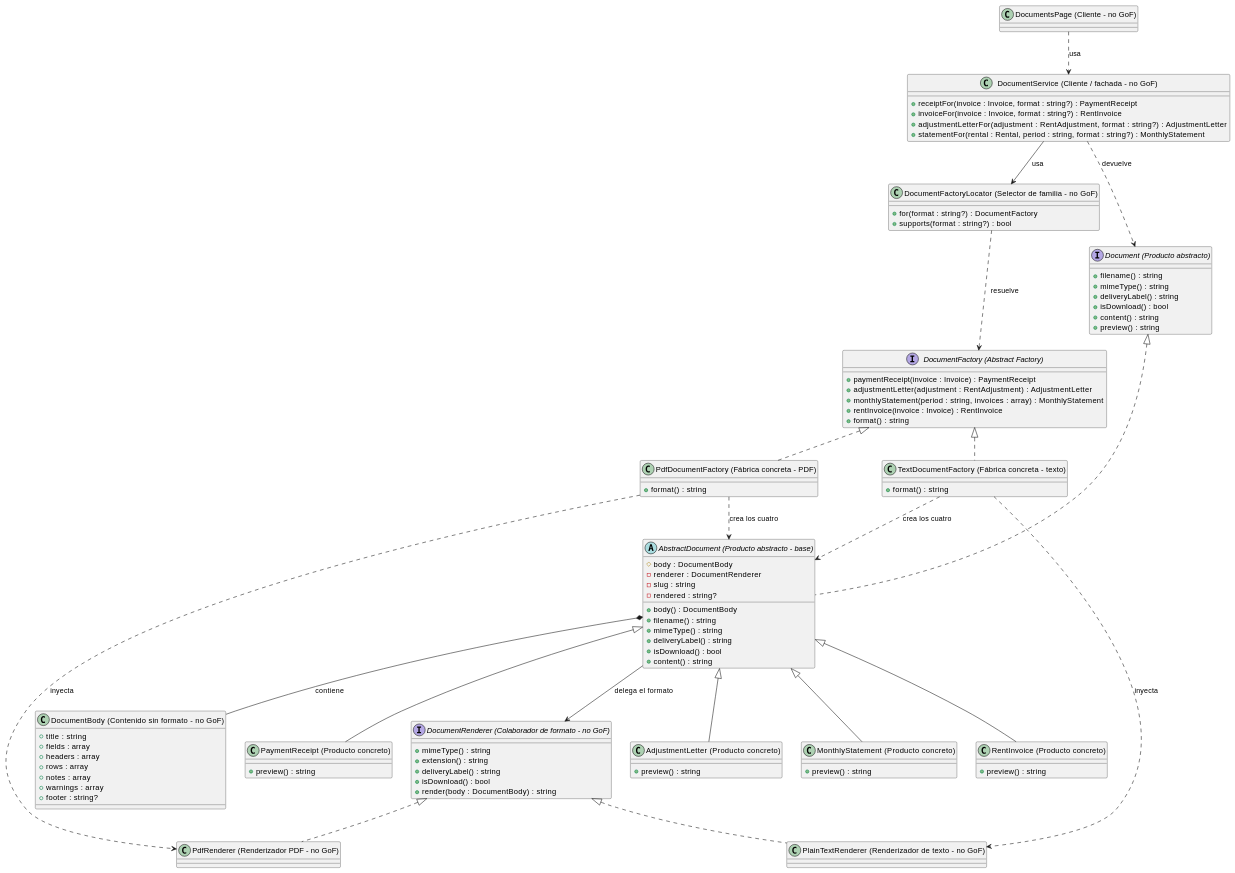
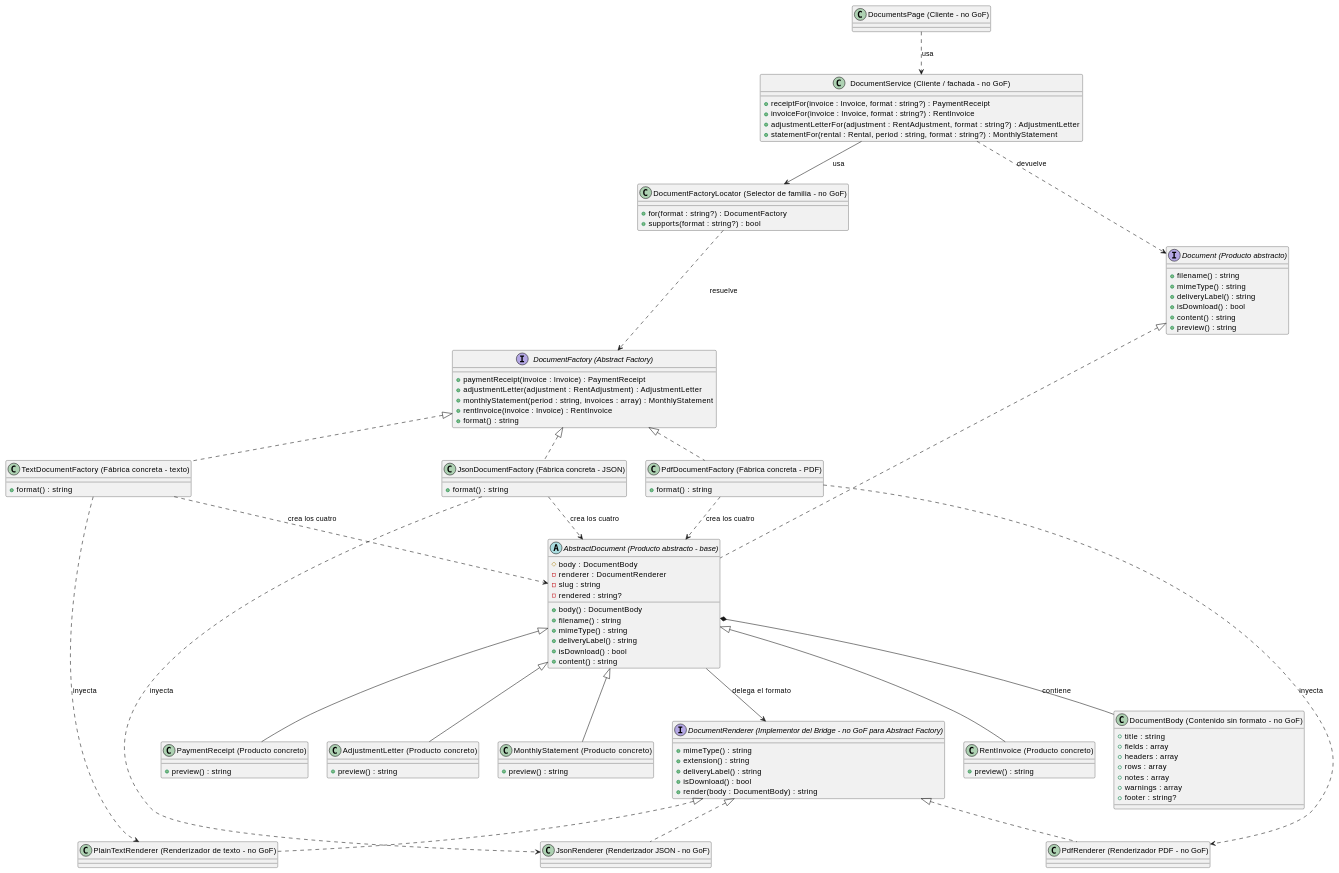
The diagram in docs/Patrones creacionales/Abstract Factory.md (diegocastro-ac/prometheus), drawn with PlantUML before and after one commit. The commit also changed other lines of this file and 4 other files, not shown here.

```diff
--- a/docs/Patrones creacionales/Abstract Factory.md
+++ b/docs/Patrones creacionales/Abstract Factory.md
@@ -69,6 +73,10 @@
 }
 
 class "PdfDocumentFactory (Fábrica concreta - PDF)" as PdfDocumentFactory {
+  + format() : string
+}
+
+class "JsonDocumentFactory (Fábrica concreta - JSON)" as JsonDocumentFactory {
   + format() : string
 }
 
@@ -120,7 +128,7 @@
   + footer : string?
 }
 
-interface "DocumentRenderer (Colaborador de formato - no GoF)" as DocumentRenderer {
+interface "DocumentRenderer (Implementor del Bridge - no GoF para Abstract Factory)" as DocumentRenderer {
   + mimeType() : string
   + extension() : string
   + deliveryLabel() : string
@@ -130,6 +138,7 @@
 
 class "PlainTextRenderer (Renderizador de texto - no GoF)" as PlainTextRenderer
 class "PdfRenderer (Renderizador PDF - no GoF)" as PdfRenderer
+class "JsonRenderer (Renderizador JSON - no GoF)" as JsonRenderer
 
 class "DocumentFactoryLocator (Selector de familia - no GoF)" as DocumentFactoryLocator {
   + for(format : string?) : DocumentFactory
@@ -147,6 +156,7 @@
 
 DocumentFactory <|.. TextDocumentFactory
 DocumentFactory <|.. PdfDocumentFactory
+DocumentFactory <|.. JsonDocumentFactory
 Document <|.. AbstractDocument
 AbstractDocument <|-- PaymentReceipt
 AbstractDocument <|-- AdjustmentLetter
@@ -157,11 +167,14 @@
 AbstractDocument --> DocumentRenderer : delega el formato
 DocumentRenderer <|.. PlainTextRenderer
 DocumentRenderer <|.. PdfRenderer
+DocumentRenderer <|.. JsonRenderer
 
 TextDocumentFactory ..> PlainTextRenderer : inyecta
 PdfDocumentFactory ..> PdfRenderer : inyecta
+JsonDocumentFactory ..> JsonRenderer : inyecta
 TextDocumentFactory ..> AbstractDocument : crea los cuatro
 PdfDocumentFactory ..> AbstractDocument : crea los cuatro
+JsonDocumentFactory ..> AbstractDocument : crea los cuatro
 
 DocumentFactoryLocator ..> DocumentFactory : resuelve
 DocumentService --> DocumentFactoryLocator : usa
```
